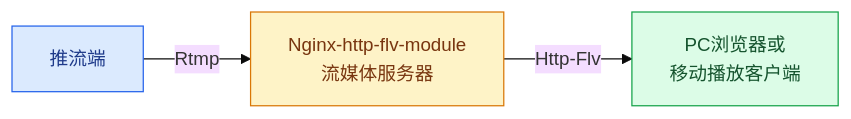
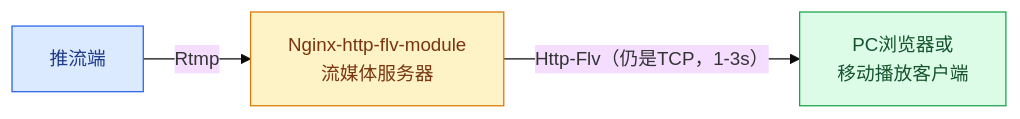
One commit to DeguiLiu/nginx-rtc-example changed the second of 8 diagrams in docs/一种基于Nginx-rtmp的webrtc低延迟直播方法.md. Above: the diagram before and after it, drawn with Mermaid. The commit also changed other lines of this file and 1 other file, not shown here.

````diff
--- a/docs/一种基于Nginx-rtmp的webrtc低延迟直播方法.md
+++ b/docs/一种基于Nginx-rtmp的webrtc低延迟直播方法.md
@@ -94,14 +35,14 @@
 ```mermaid
 %%{init: {"theme": "base", "flowchart": {"curve": "linear"}, "themeVariables": {"fontSize": "15px"}}}%%
 flowchart LR
     push["推流端"]
     server["Nginx-http-flv-module<br/>流媒体服务器"]
     client["PC浏览器或<br/>移动播放客户端"]
 
     push -- "Rtmp" --> server
-    server -- "Http-Flv" --> client
+    server -- "Http-Flv（仍是TCP，1-3s）" --> client
 
     style push fill:#dbeafe,stroke:#2563eb,color:#1e3a8a
     style server fill:#fef3c7,stroke:#d97706,color:#78350f
     style client fill:#dcfce7,stroke:#16a34a,color:#14532d
 ```
````
